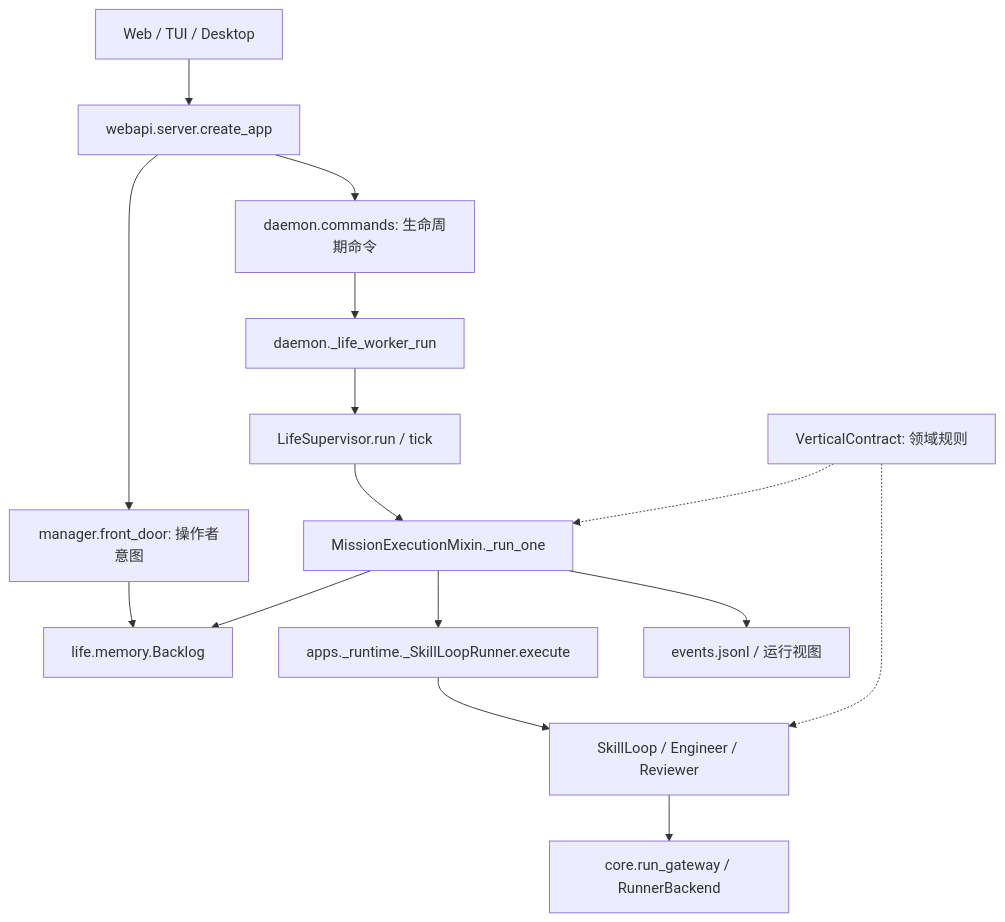
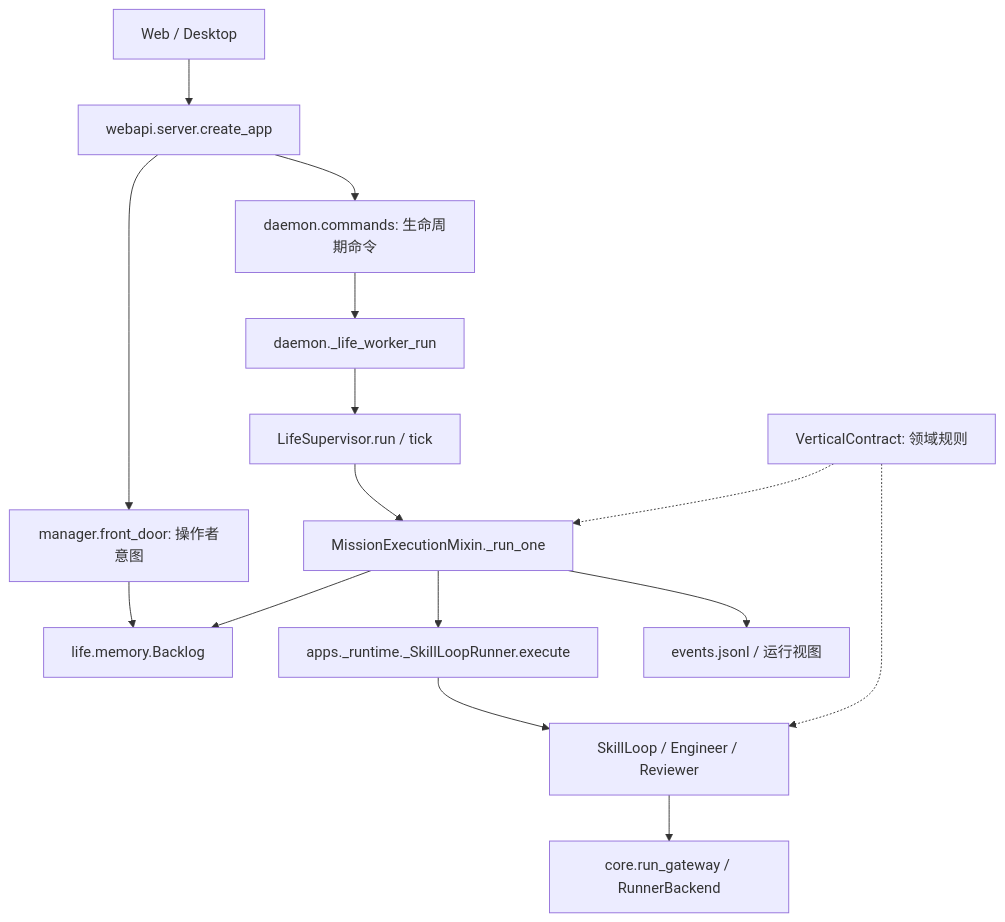
The diagram in docs/runtime-maintainability.md (lbx154/Argus), drawn with Mermaid before and after one commit. The commit also changed other lines of this file and 255 other files, not shown here.

````diff
--- a/docs/runtime-maintainability.md
+++ b/docs/runtime-maintainability.md
@@ -33,17 +33,17 @@
 ```mermaid
 flowchart TD
-    UI[Web / TUI / Desktop] --> API[webapi.server.create_app]
+    UI[Web / Desktop] --> API[webapi.server.create_app]
     API --> Intent[manager.front_door: 操作者意图]
     API --> Command[daemon.commands: 生命周期命令]
     Intent --> Backlog[life.memory.Backlog]
     Command --> Daemon[daemon._life_worker_run]
     Daemon --> Supervisor[LifeSupervisor.run / tick]
     Supervisor --> Mission[MissionExecutionMixin._run_one]
     Mission --> Runner[apps._runtime._SkillLoopRunner.execute]
     Runner --> Loop[SkillLoop / Engineer / Reviewer]
     Loop --> Gateway[core.run_gateway / RunnerBackend]
     Policy[VerticalContract: 领域规则] -.-> Mission
     Policy -.-> Loop
     Mission --> Backlog
     Mission --> Events[events.jsonl / 运行视图]
 ```
````
